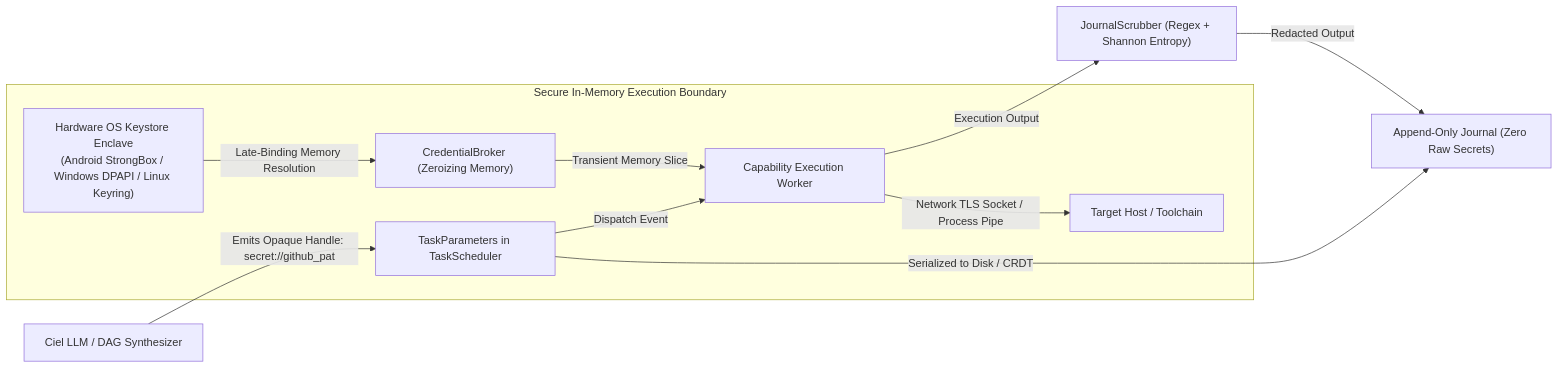
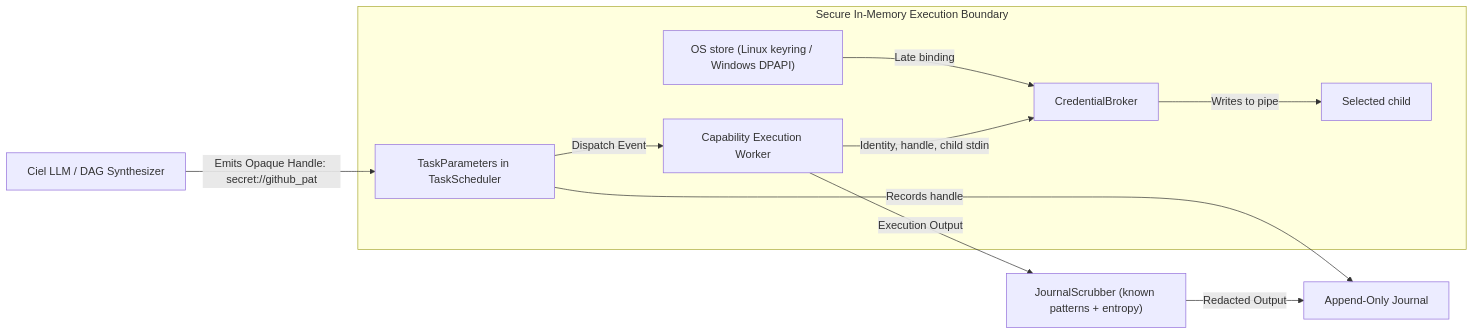
The diagram in docs/FOUNDATION_AND_PRIMITIVES_SPECIFICATION.md (Imperialorg/Eonba), drawn with Mermaid before and after one commit. The commit also changed other lines of this file and 5 other files, not shown here.

Commit message:
fix(foundation): redact unlabelled high-entropy hex in journal records

````diff
--- a/docs/FOUNDATION_AND_PRIMITIVES_SPECIFICATION.md
+++ b/docs/FOUNDATION_AND_PRIMITIVES_SPECIFICATION.md
@@ -182,15 +182,15 @@
 ```mermaid
 flowchart LR
     LLMPlanner["Ciel LLM / DAG Synthesizer"] -->|Emits Opaque Handle: secret://github_pat| TaskDAG["TaskParameters in TaskScheduler"]
-    TaskDAG -->|Serialized to Disk / CRDT| DurableJournal["Append-Only Journal (Zero Raw Secrets)"]
+    TaskDAG -->|Records handle| DurableJournal["Append-Only Journal"]
     
     subgraph ExecutionEnclave["Secure In-Memory Execution Boundary"]
         TaskDAG -->|Dispatch Event| TaskWorker["Capability Execution Worker"]
-        KeystoreEnclave["Hardware OS Keystore Enclave<br/>(Android StrongBox / Windows DPAPI / Linux Keyring)"] -->|Late-Binding Memory Resolution| CredBroker["CredentialBroker (Zeroizing Memory)"]
-        CredBroker -->|Transient Memory Slice| TaskWorker
-        TaskWorker -->|Network TLS Socket / Process Pipe| TargetEndpoint["Target Host / Toolchain"]
+        KeystoreEnclave["OS store (Linux keyring / Windows DPAPI)"] -->|Late binding| CredBroker["CredentialBroker"]
+        TaskWorker -->|Identity, handle, child stdin| CredBroker
+        CredBroker -->|Writes to pipe| TargetEndpoint["Selected child"]
     end
     
-    TaskWorker -->|Execution Output| OutputScrubber["JournalScrubber (Regex + Shannon Entropy)"]
+    TaskWorker -->|Execution Output| OutputScrubber["JournalScrubber (known patterns + entropy)"]
     OutputScrubber -->|Redacted Output| DurableJournal
 ```
````
